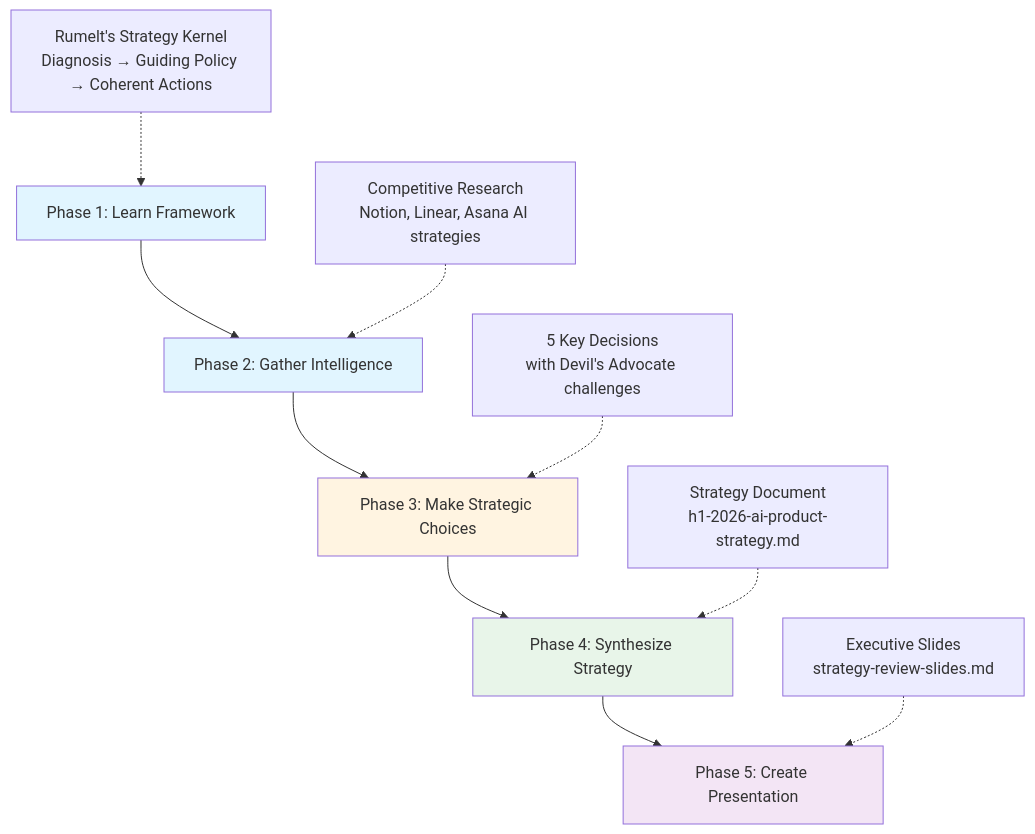
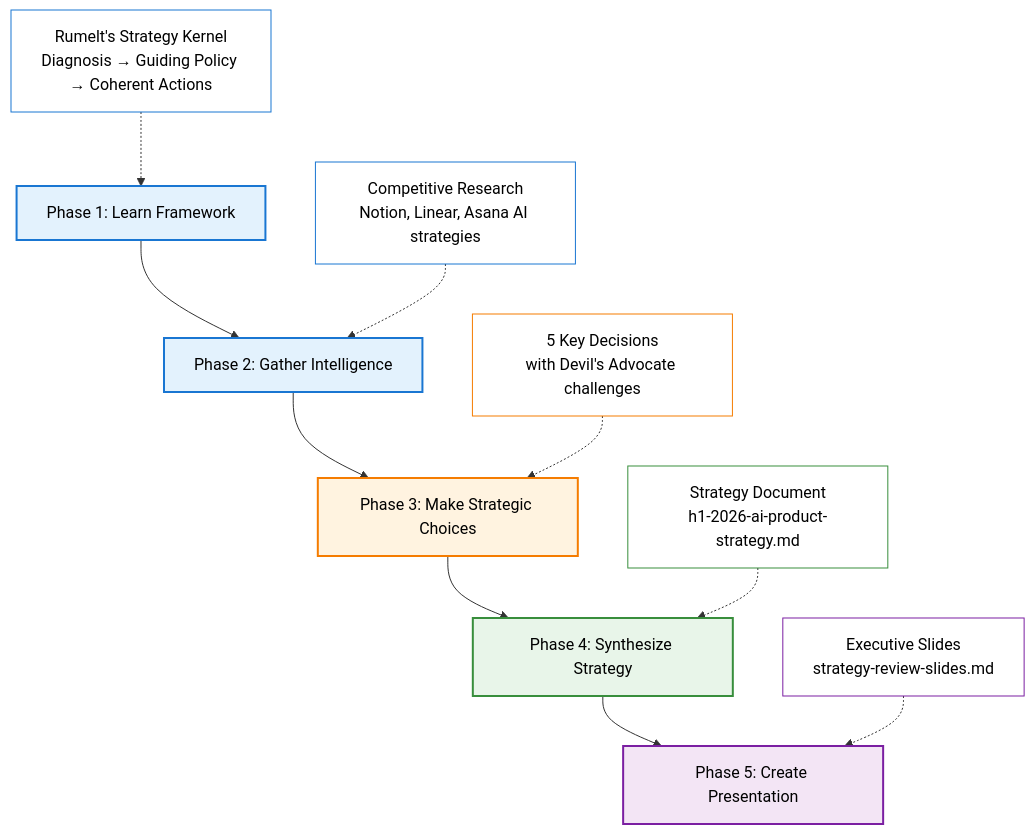
Before and after one commit to carlvellotti/cursor-pm-course: the first of 2 diagrams in lesson-modules/2.3-product-strategy/SCRIPT.md, drawn with Mermaid. The commit also changed other lines of this file, not shown here.

Commit message:
Fix Module 2.3 Mermaid diagrams: Improve contrast and readability
Updated both Mermaid diagrams to match the styling from modules 2.1 and 2.2:
- Added dark stroke colors for better contrast
- Added stroke-width for visual definition
- Added black text color for readability on light backgrounds
- Increased stroke-width on key nodes (Guiding Policy, Coherent Actions)

Fixes visual accessibility issue where text was hard to read in dark mode.

🤖 Generated with [Claude Code](https://claude.com/claude-code)

````diff
--- a/lesson-modules/2.3-product-strategy/SCRIPT.md
+++ b/lesson-modules/2.3-product-strategy/SCRIPT.md
@@ -18,19 +18,24 @@
 ```mermaid
 graph TB
     A[Phase 1: Learn Framework] --> B[Phase 2: Gather Intelligence]
     B --> C[Phase 3: Make Strategic Choices]
     C --> D[Phase 4: Synthesize Strategy]
     D --> E[Phase 5: Create Presentation]
 
     A1[Rumelt's Strategy Kernel<br/>Diagnosis → Guiding Policy → Coherent Actions] -.-> A
     B1[Competitive Research<br/>Notion, Linear, Asana AI strategies] -.-> B
     C1[5 Key Decisions<br/>with Devil's Advocate challenges] -.-> C
     D1[Strategy Document<br/>h1-2026-ai-product-strategy.md] -.-> D
     E1[Executive Slides<br/>strategy-review-slides.md] -.-> E
 
-    style A fill:#e1f5ff
-    style B fill:#e1f5ff
-    style C fill:#fff4e1
-    style D fill:#e8f5e9
-    style E fill:#f3e5f5
+    style A fill:#e3f2fd,stroke:#1976d2,stroke-width:2px,color:#000
+    style B fill:#e3f2fd,stroke:#1976d2,stroke-width:2px,color:#000
+    style C fill:#fff3e0,stroke:#f57c00,stroke-width:2px,color:#000
+    style D fill:#e8f5e9,stroke:#388e3c,stroke-width:2px,color:#000
+    style E fill:#f3e5f5,stroke:#7b1fa2,stroke-width:2px,color:#000
+    style A1 fill:#fff,stroke:#1976d2,stroke-width:1px,color:#000
+    style B1 fill:#fff,stroke:#1976d2,stroke-width:1px,color:#000
+    style C1 fill:#fff,stroke:#f57c00,stroke-width:1px,color:#000
+    style D1 fill:#fff,stroke:#388e3c,stroke-width:1px,color:#000
+    style E1 fill:#fff,stroke:#7b1fa2,stroke-width:1px,color:#000
 ```
````
